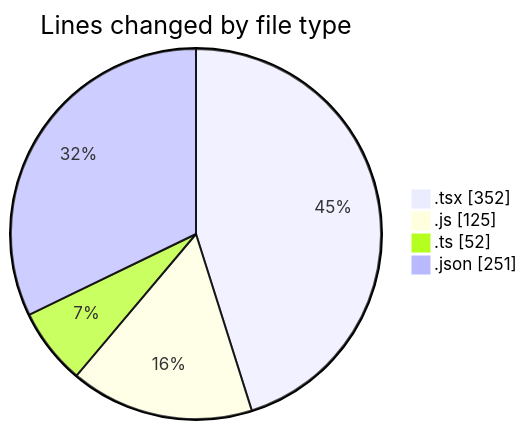
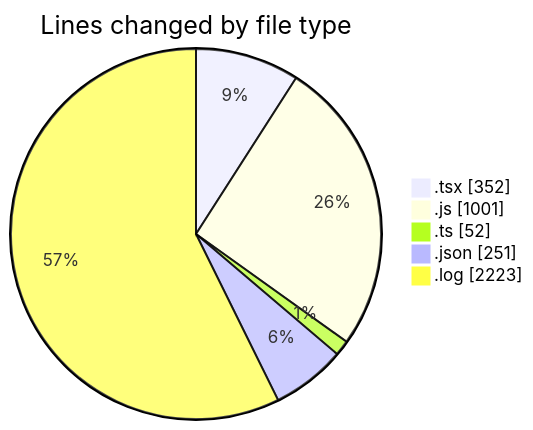
Before and after one commit to momahboobian/code-tracking: the first of 2 diagrams in 2026-04-17/cda/README.md, drawn with Mermaid. The commit also changed other lines of this file and 1 other file, not shown here.

````diff
--- a/2026-04-17/cda/README.md
+++ b/2026-04-17/cda/README.md
@@ -31,8 +33,9 @@
 ```mermaid
 pie showData
 title Lines changed by file type
 ".tsx" : 352
-".js" : 125
+".js" : 1001
 ".ts" : 52
 ".json" : 251
+".log" : 2223
 ```
````
